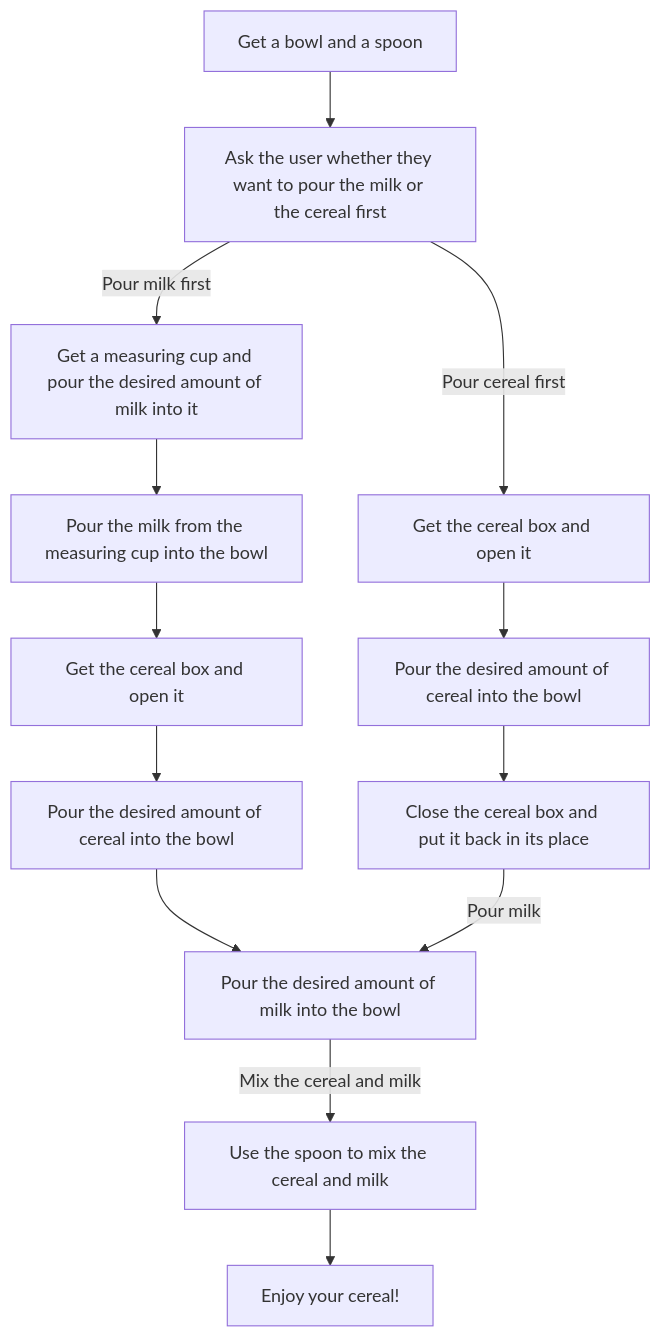
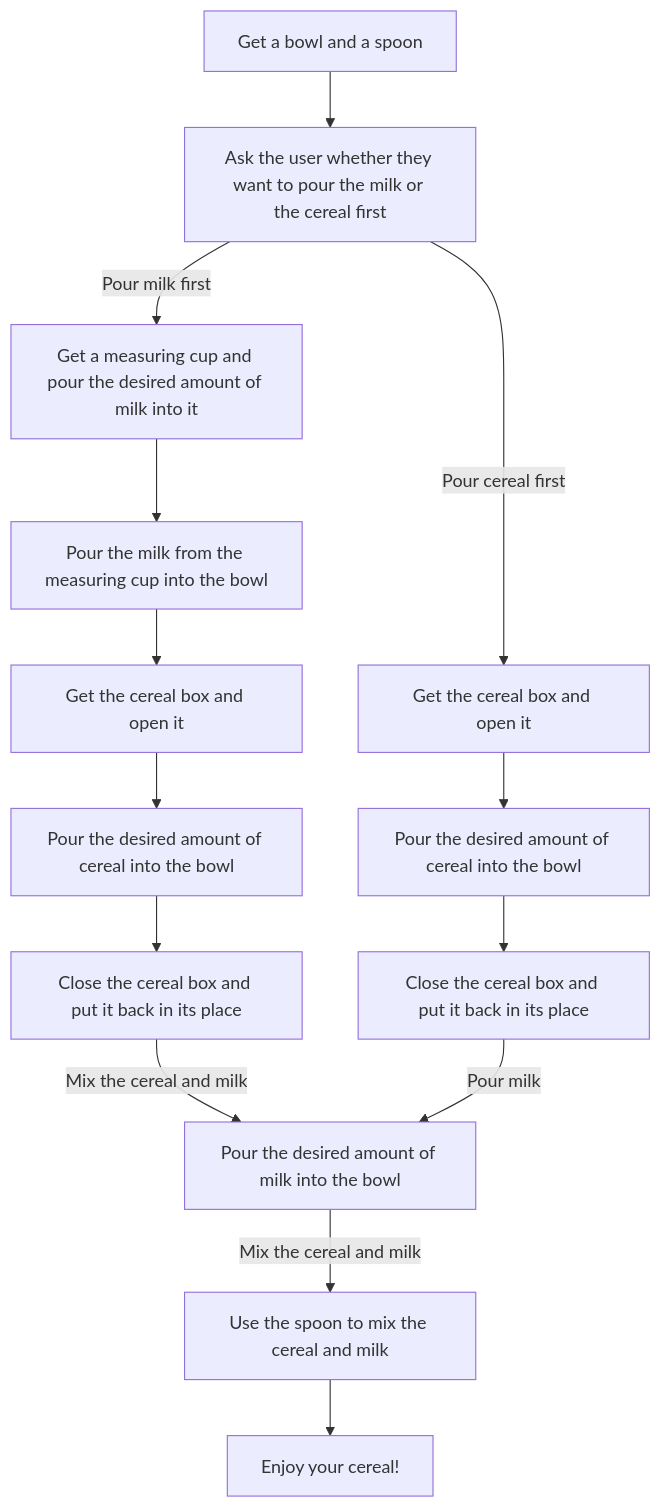
One commit to RodolfoXiloj/core-code-from-scratch-readme changed the diagram in challenges/week02/monday/README.md. Above: the diagram before and after it, drawn with Mermaid.

Commit message:
update monday 3

````diff
--- a/challenges/week02/monday/README.md
+++ b/challenges/week02/monday/README.md
@@ -48,15 +48,16 @@
 ```mermaid
 flowchart TD
     A[Get a bowl and a spoon] --> B[Ask the user whether they want to pour the milk or the cereal first]
     B -- Pour milk first --> C[Get a measuring cup and pour the desired amount of milk into it]
     C --> D[Pour the milk from the measuring cup into the bowl]
     D --> E[Get the cereal box and open it]
     E --> F[Pour the desired amount of cereal into the bowl]
-    F --> M[Close the cereal box and put it back in its place]
+    F --> G[Close the cereal box and put it back in its place]
+    G -- Mix the cereal and milk --> M[Use the spoon to mix the cereal and milk]
     B -- Pour cereal first --> J[Get the cereal box and open it]
     J --> K[Pour the desired amount of cereal into the bowl]
     K --> L[Close the cereal box and put it back in its place]
     L -- Pour milk --> M[Pour the desired amount of milk into the bowl]
     M -- Mix the cereal and milk --> N[Use the spoon to mix the cereal and milk]
     N --> O[Enjoy your cereal!]
 ``` 
````
